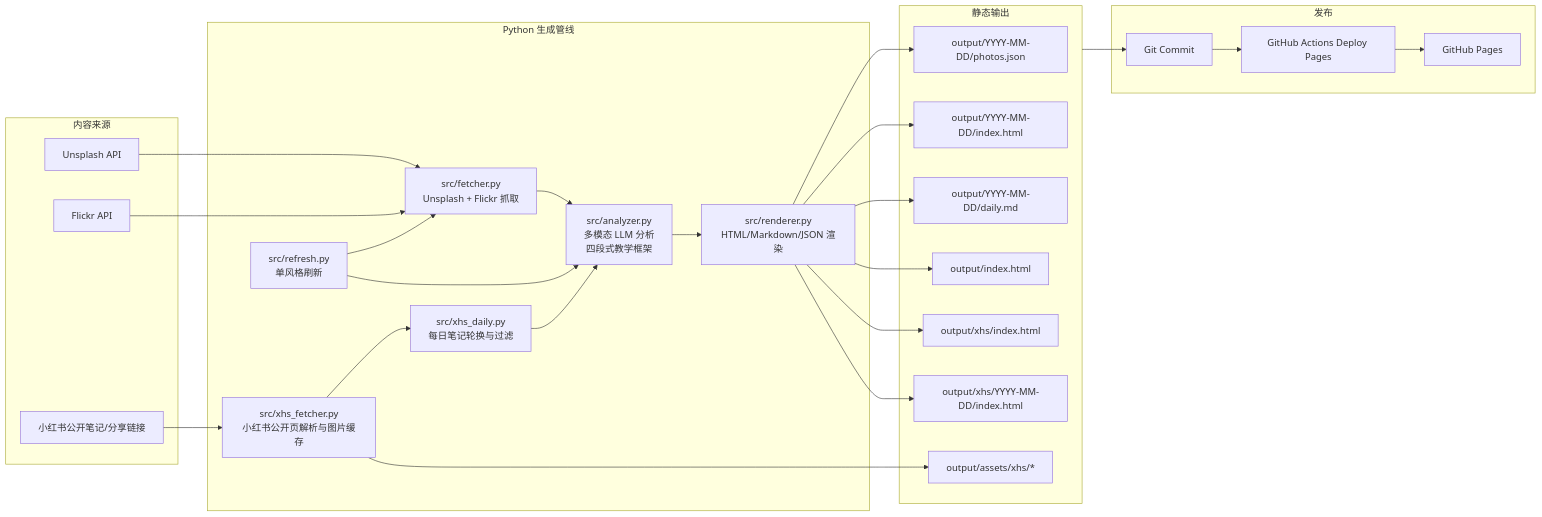
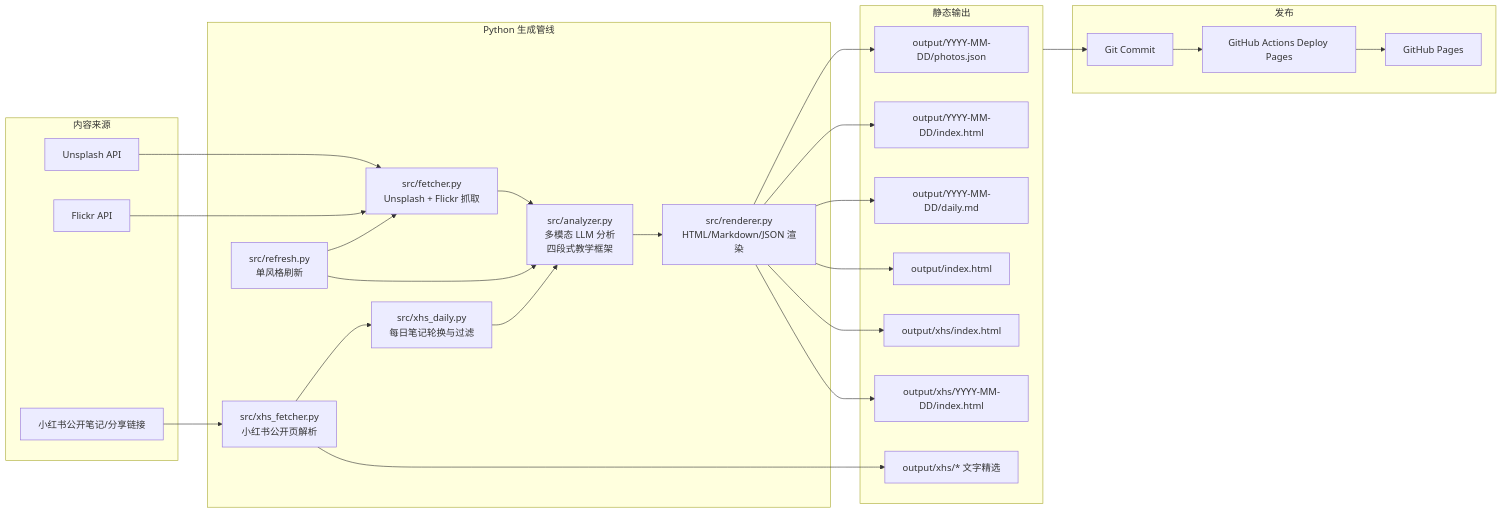
One commit to krisaruz/daily-photo-coach changed the second of 9 diagrams in docs/PRD.md. Above: the diagram before and after it, drawn with Mermaid. The commit also changed other lines of this file and 1060 other files, not shown here.

````diff
--- a/docs/PRD.md
+++ b/docs/PRD.md
@@ -224,51 +221,51 @@
 ```mermaid
 flowchart LR
     subgraph Sources[内容来源]
         U[Unsplash API]
         FL[Flickr API]
         X[小红书公开笔记/分享链接]
     end
 
     subgraph Pipeline[Python 生成管线]
         F[src/fetcher.py<br/>Unsplash + Flickr 抓取]
-        XF[src/xhs_fetcher.py<br/>小红书公开页解析与图片缓存]
+        XF[src/xhs_fetcher.py<br/>小红书公开页解析]
         D[src/xhs_daily.py<br/>每日笔记轮换与过滤]
         RF[src/refresh.py<br/>单风格刷新]
         A[src/analyzer.py<br/>多模态 LLM 分析<br/>四段式教学框架]
         R[src/renderer.py<br/>HTML/Markdown/JSON 渲染]
     end
 
     subgraph Output[静态输出]
         O1[output/YYYY-MM-DD/photos.json]
         O2[output/YYYY-MM-DD/index.html]
         O3[output/YYYY-MM-DD/daily.md]
         O4[output/index.html]
         O5[output/xhs/index.html]
         O6[output/xhs/YYYY-MM-DD/index.html]
-        O7[output/assets/xhs/*]
+        O7[output/xhs/* 文字精选]
     end
 
     subgraph Publish[发布]
         G[Git Commit]
         P[GitHub Actions Deploy Pages]
         S[GitHub Pages]
     end
 
     U --> F
     FL --> F
     X --> XF
     XF --> D
     F --> A
     RF --> F
     RF --> A
     D --> A
     A --> R
     R --> O1
     R --> O2
     R --> O3
     R --> O4
     R --> O5
     R --> O6
     XF --> O7
     Output --> G --> P --> S
 ```
````
